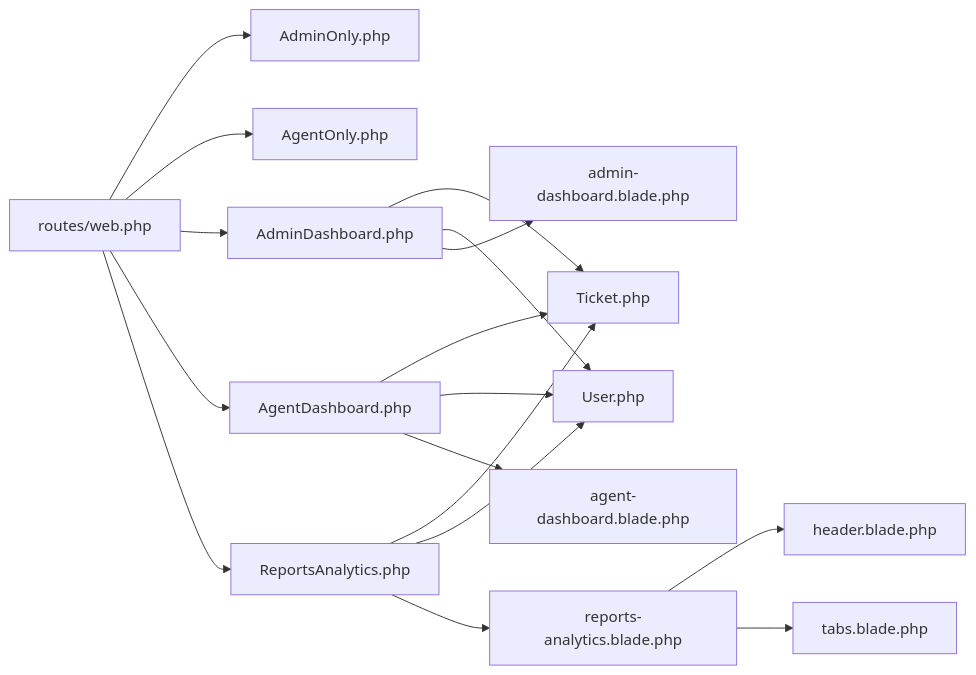
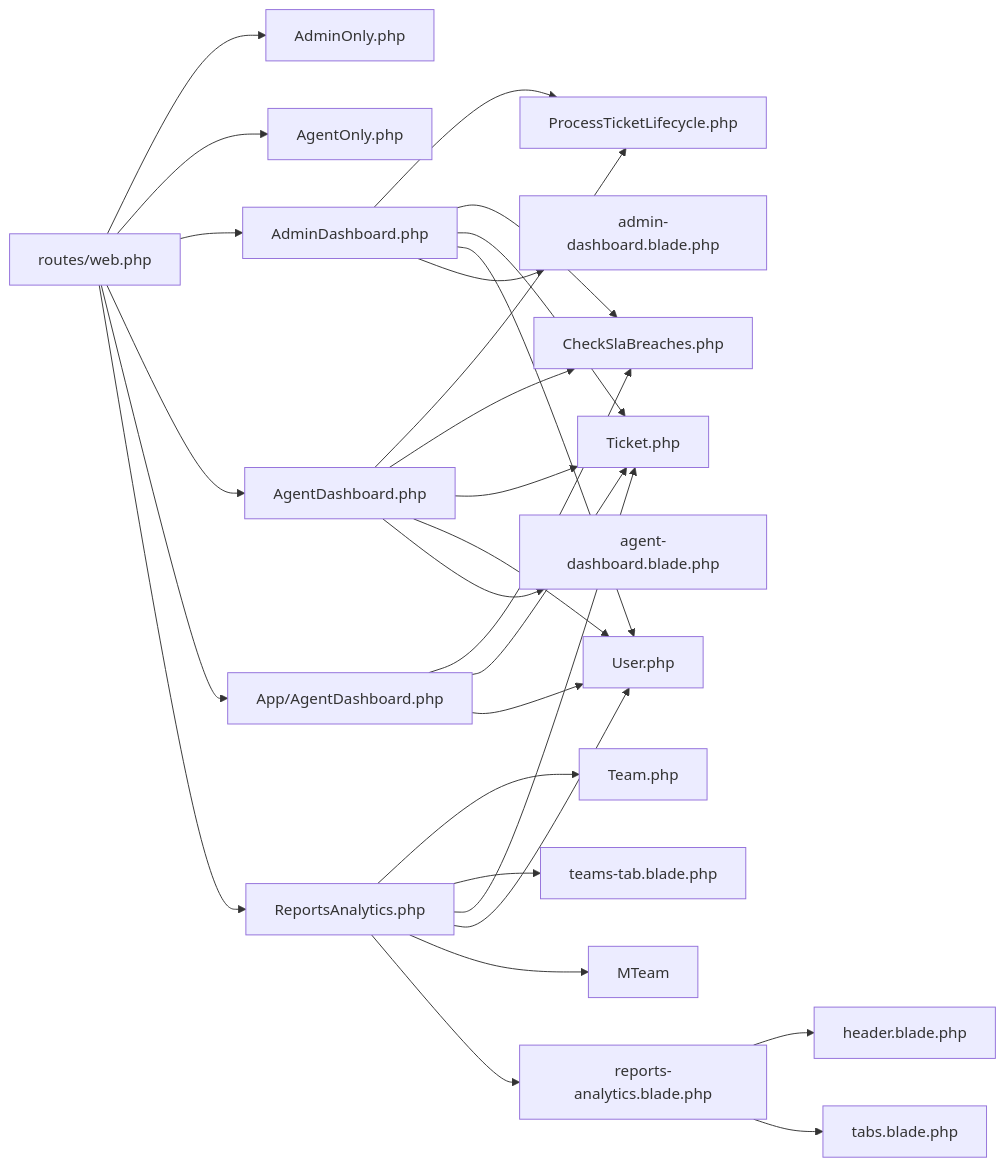
One commit to younesgamer68/helpdesk-system changed the eighth of 8 diagrams in .qoder/repowiki/en/content/Dashboard & Analytics/Dashboard & Analytics.md. Above: the diagram before and after it, drawn with Mermaid. The commit also changed other lines of this file and 12 other files, not shown here.

````diff
--- a/.qoder/repowiki/en/content/Dashboard & Analytics/Dashboard & Analytics.md
+++ b/.qoder/repowiki/en/content/Dashboard & Analytics/Dashboard & Analytics.md
@@ -295,19 +470,30 @@
 ```mermaid
 graph LR
 Routes["routes/web.php"] --> MWAdmin["AdminOnly.php"]
 Routes --> MWAgent["AgentOnly.php"]
 Routes --> DAdmin["AdminDashboard.php"]
 Routes --> DAgent["AgentDashboard.php"]
+Routes --> DAppAgent["App/AgentDashboard.php"]
 Routes --> DReports["ReportsAnalytics.php"]
+DAdmin --> CLifecycle["ProcessTicketLifecycle.php"]
+DAdmin --> CSla["CheckSlaBreaches.php"]
+DAgent --> CLifecycle
+DAgent --> CSla
+DAppAgent --> CSla
+DReports --> TTeam["Team.php"]
+DReports --> TeamsTab["teams-tab.blade.php"]
 DAdmin --> MTicket["Ticket.php"]
 DAdmin --> MUser["User.php"]
 DAgent --> MTicket
 DAgent --> MUser
+DAppAgent --> MTicket
+DAppAgent --> MUser
 DReports --> MTicket
 DReports --> MUser
+DReports --> MTeam
 DAdmin --> TAdmin["admin-dashboard.blade.php"]
 DAgent --> TAgent["agent-dashboard.blade.php"]
 DReports --> TReports["reports-analytics.blade.php"]
 TReports --> THdr["header.blade.php"]
 TReports --> TTabs["tabs.blade.php"]
 ```
````
